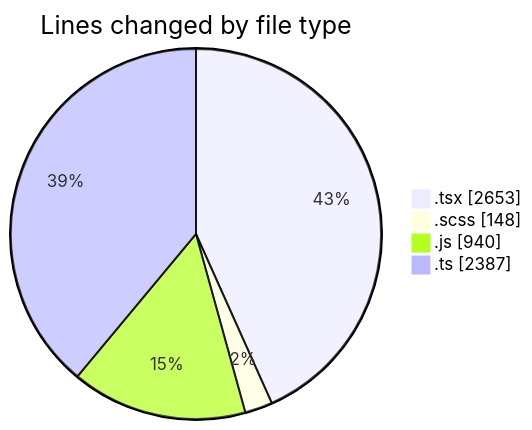
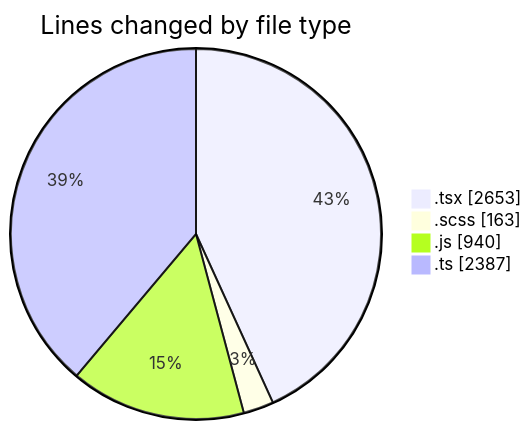
One commit to momahboobian/code-tracking changed the first of 2 diagrams in 2026-07-15/cda/README.md. Above: the diagram before and after it, drawn with Mermaid. The commit also changed other lines of this file and 1 other file, not shown here.

````diff
--- a/2026-07-15/cda/README.md
+++ b/2026-07-15/cda/README.md
@@ -51,8 +51,8 @@
 ```mermaid
 pie showData
 title Lines changed by file type
 ".tsx" : 2653
-".scss" : 148
+".scss" : 163
 ".js" : 940
 ".ts" : 2387
 ```
````
